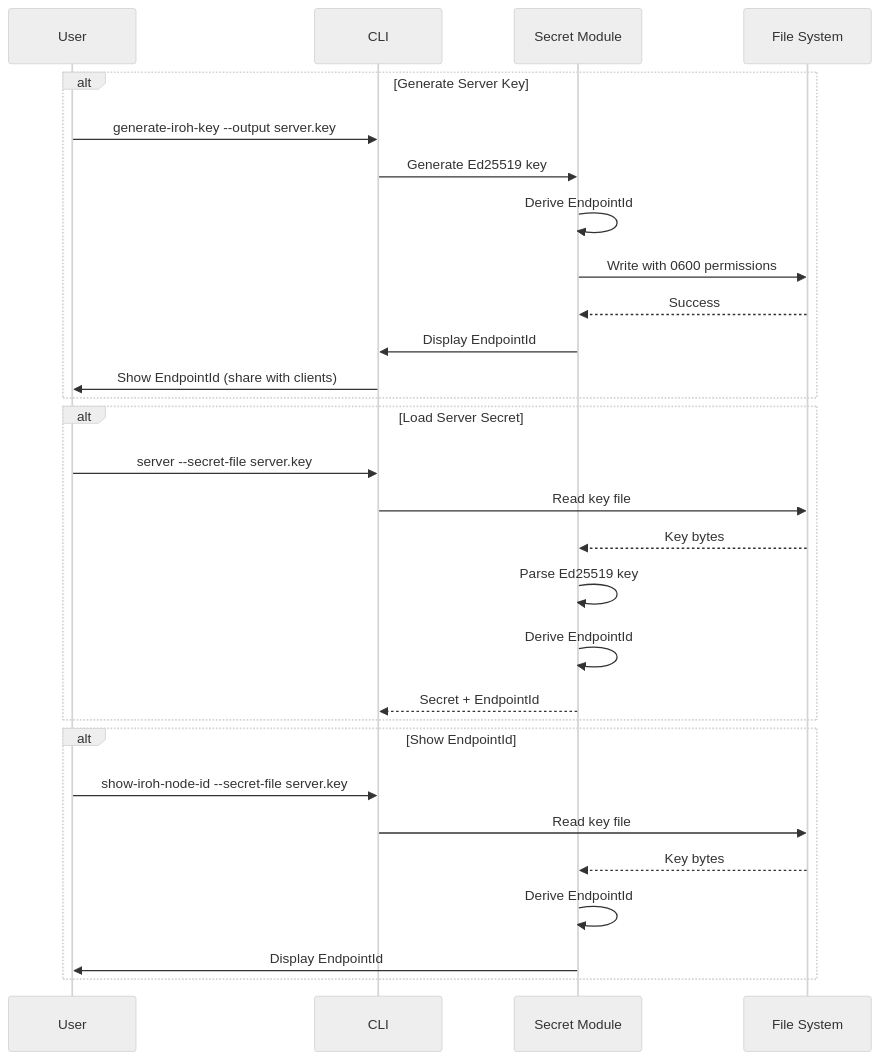
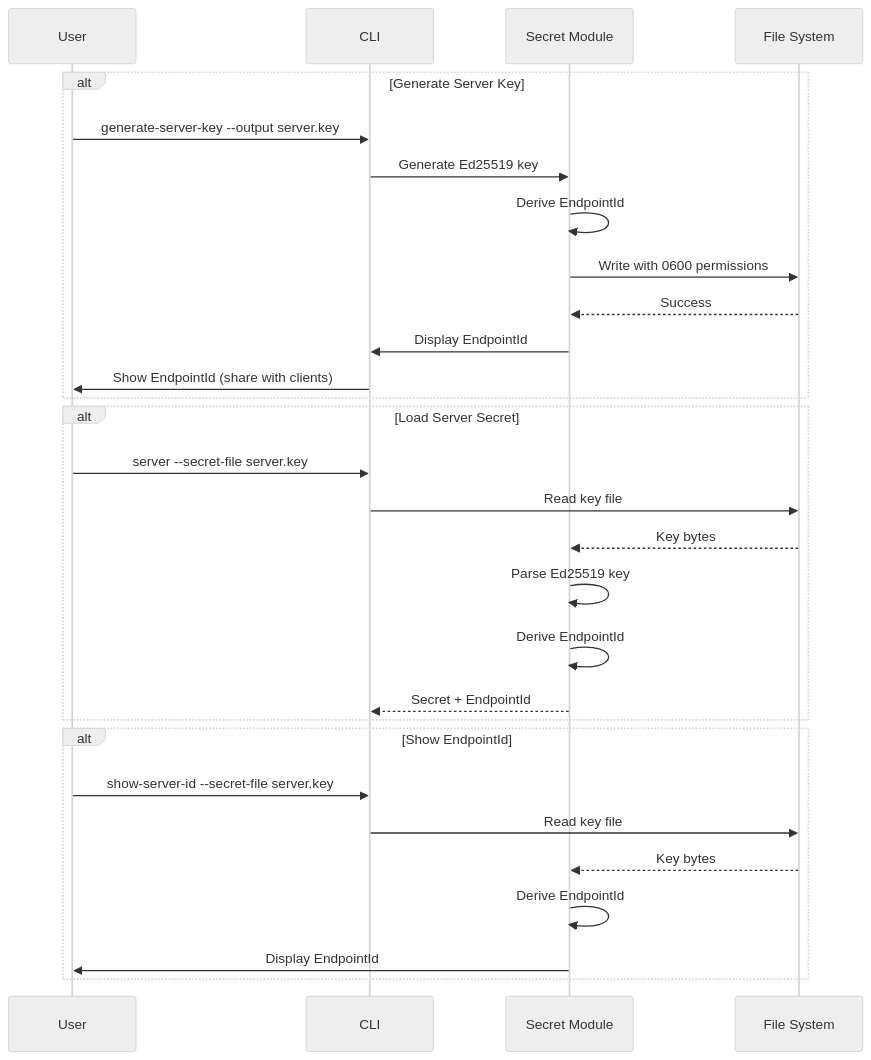
Diagram 29 of 35 in docs/ARCHITECTURE.md (andrewtheguy/vpn-rs), drawn with Mermaid (neutral theme) before and after one commit. The commit also changed 9 other files, not shown here.

Commit message:
feat: update command names and versions for server key generation

````diff
--- a/docs/ARCHITECTURE.md
+++ b/docs/ARCHITECTURE.md
@@ -1175,34 +1175,34 @@
 ```mermaid
 sequenceDiagram
     participant User as User
     participant CLI as CLI
     participant Secret as Secret Module
     participant FS as File System
 
     alt Generate Server Key
-        User->>CLI: generate-iroh-key --output server.key
+        User->>CLI: generate-server-key --output server.key
         CLI->>Secret: Generate Ed25519 key
         Secret->>Secret: Derive EndpointId
         Secret->>FS: Write with 0600 permissions
         FS-->>Secret: Success
         Secret->>CLI: Display EndpointId
         CLI->>User: Show EndpointId (share with clients)
     end
 
     alt Load Server Secret
         User->>CLI: server --secret-file server.key
         CLI->>FS: Read key file
         FS-->>Secret: Key bytes
         Secret->>Secret: Parse Ed25519 key
         Secret->>Secret: Derive EndpointId
         Secret-->>CLI: Secret + EndpointId
     end
 
     alt Show EndpointId
-        User->>CLI: show-iroh-node-id --secret-file server.key
+        User->>CLI: show-server-id --secret-file server.key
         CLI->>FS: Read key file
         FS-->>Secret: Key bytes
         Secret->>Secret: Derive EndpointId
         Secret->>User: Display EndpointId
     end
 ```
````
